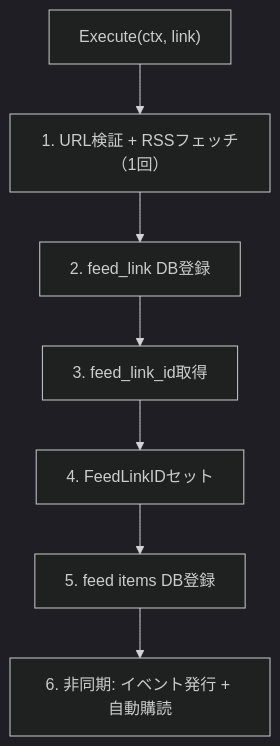
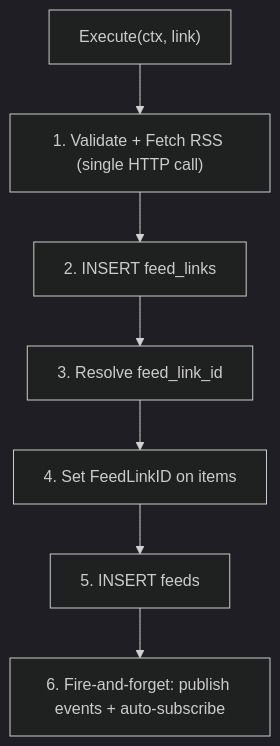
The second of 2 diagrams in articles/ad129f6fb2ed39.md (Kaikei-e/Zenn), drawn with Mermaid (dark theme) before and after one commit. The commit also changed other lines of this file, not shown here.

````diff
--- a/articles/ad129f6fb2ed39.md
+++ b/articles/ad129f6fb2ed39.md
@@ -135,10 +135,10 @@
 ```mermaid
 flowchart TD
     U["Execute(ctx, link)"]
-    U --> S1["1. URL検証 + RSSフェッチ（1回）"]
-    S1 --> S2["2. feed_link DB登録"]
-    S2 --> S3["3. feed_link_id取得"]
-    S3 --> S4["4. FeedLinkIDセット"]
-    S4 --> S5["5. feed items DB登録"]
-    S5 --> S6["6. 非同期: イベント発行 + 自動購読"]
+    U --> S1["1. Validate + Fetch RSS (single HTTP call)"]
+    S1 --> S2["2. INSERT feed_links"]
+    S2 --> S3["3. Resolve feed_link_id"]
+    S3 --> S4["4. Set FeedLinkID on items"]
+    S4 --> S5["5. INSERT feeds"]
+    S5 --> S6["6. Fire-and-forget: publish events + auto-subscribe"]
 ```
````
